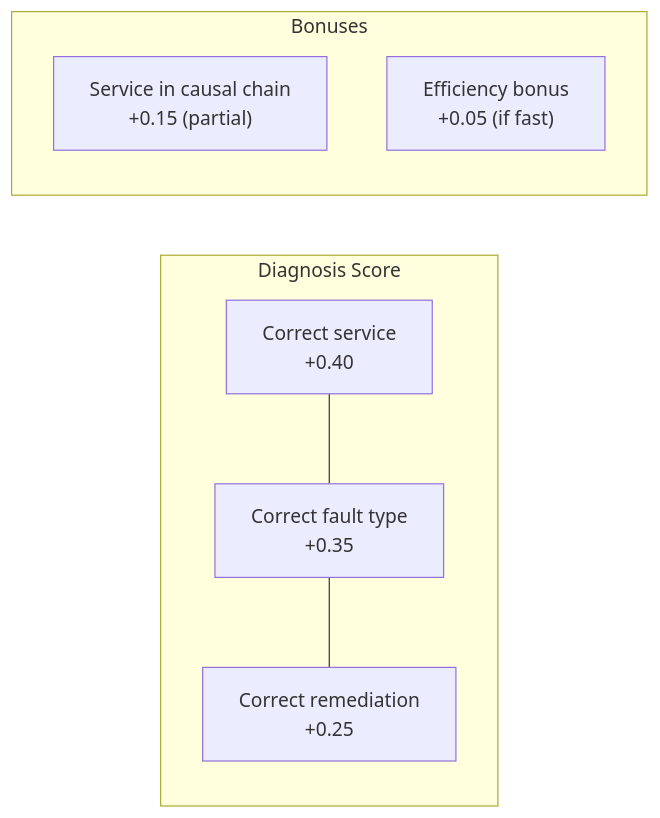
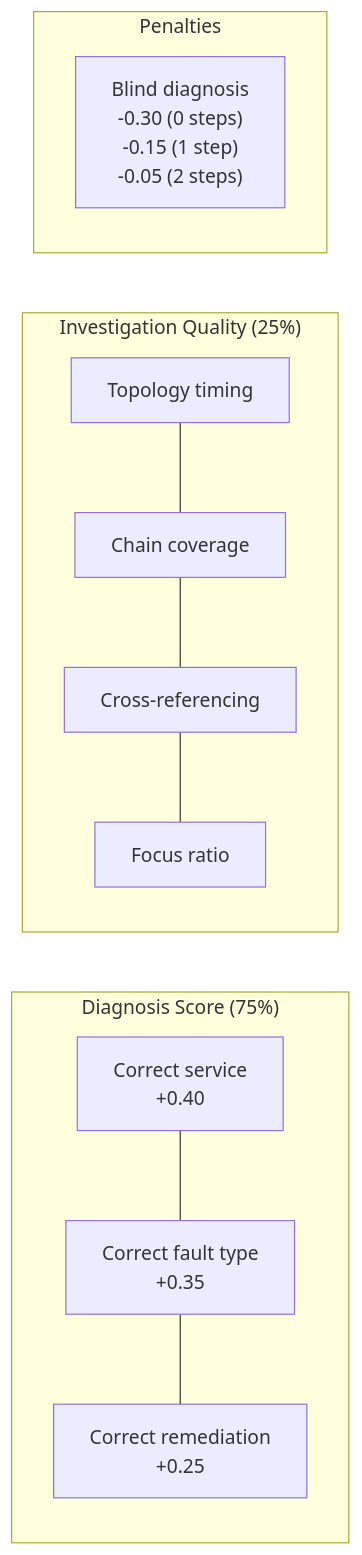
One commit to wildcraft958/incident_triage_env changed the third of 3 diagrams in README.md. Above: the diagram before and after it, drawn with Mermaid. The commit also changed other lines of this file and 6 other files, not shown here.

First line of the commit message:
add investigation quality scoring, blind diagnosis penalty, 3 scenarios, monitoring blindness

````diff
--- a/README.md
+++ b/README.md
@@ -144,11 +147,15 @@
 ```mermaid
 graph LR
-    subgraph Diagnosis Score
+    subgraph "Diagnosis Score (75%)"
         S["Correct service\n+0.40"] --- F["Correct fault type\n+0.35"]
         F --- R["Correct remediation\n+0.25"]
     end
-    subgraph Bonuses
-        P["Service in causal chain\n+0.15 (partial)"]
-        E["Efficiency bonus\n+0.05 (if fast)"]
+    subgraph "Investigation Quality (25%)"
+        T["Topology timing"] --- C["Chain coverage"]
+        C --- X["Cross-referencing"]
+        X --- FO["Focus ratio"]
+    end
+    subgraph "Penalties"
+        B["Blind diagnosis\n-0.30 (0 steps)\n-0.15 (1 step)\n-0.05 (2 steps)"]
     end
 ```
````
